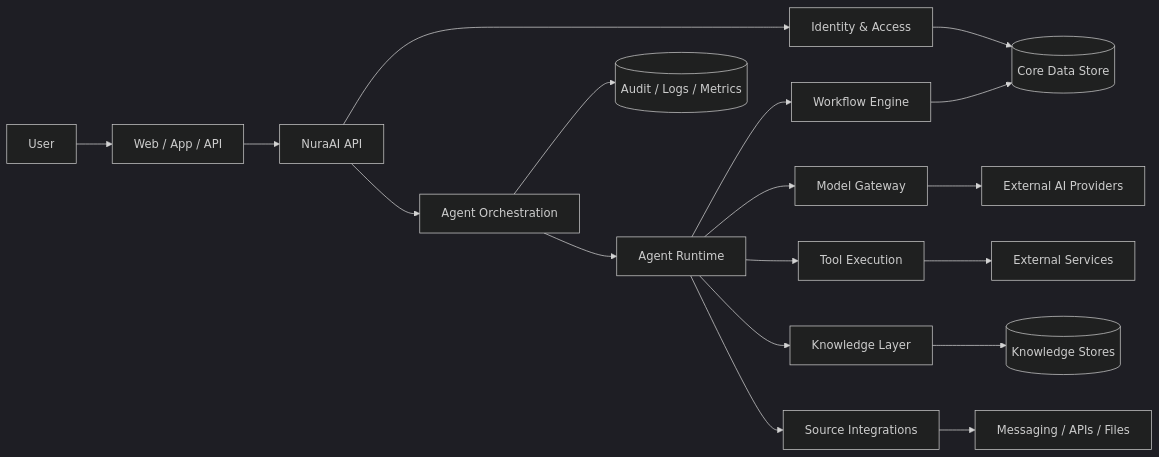
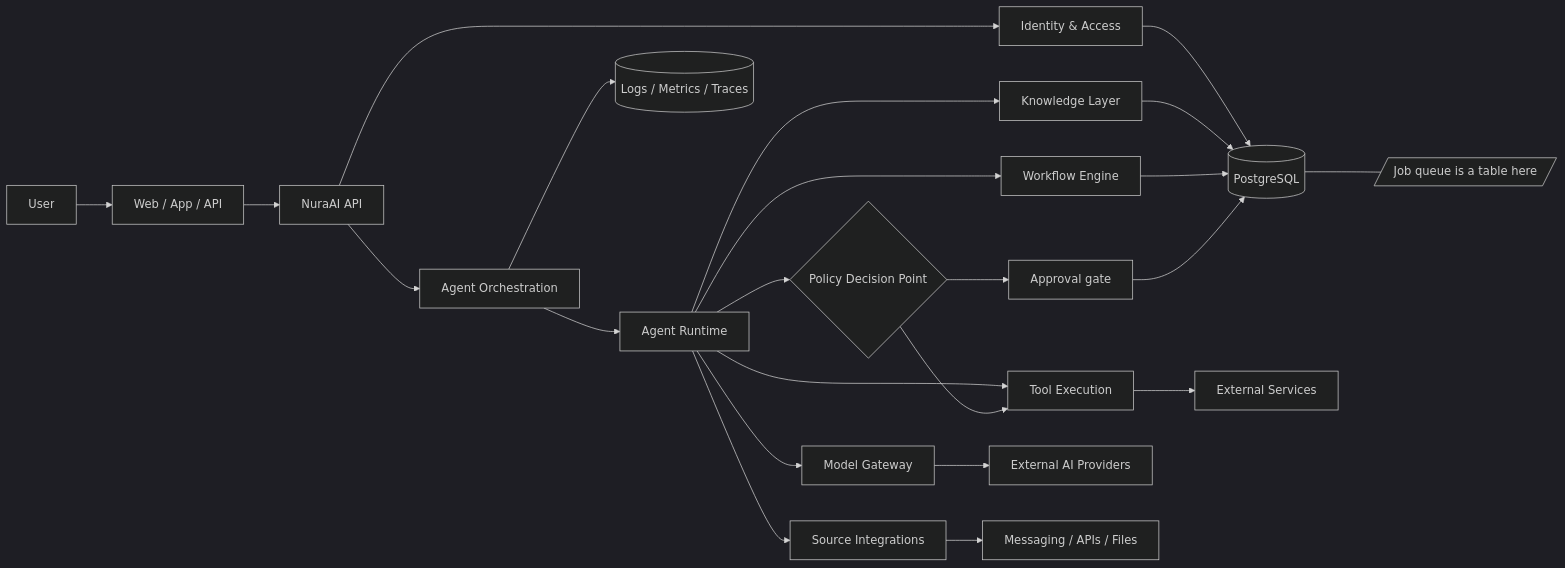
Before and after one commit to GreatRedem/TeamAgent: the diagram in docs/10-architecture.md, drawn with Mermaid (dark theme). The commit also changed other lines of this file and 21 other files, not shown here.

````diff
--- a/docs/10-architecture.md
+++ b/docs/10-architecture.md
@@ -15,21 +16,27 @@
 ```mermaid
 flowchart LR
     U[User] --> UI[Web / App / API]
     UI --> API[NuraAI API]
     API --> IAM[Identity & Access]
     API --> ORCH[Agent Orchestration]
     ORCH --> AGENT[Agent Runtime]
     AGENT --> MODEL[Model Gateway]
     AGENT --> TOOL[Tool Execution]
     AGENT --> KNOW[Knowledge Layer]
     AGENT --> SRC[Source Integrations]
     AGENT --> FLOW[Workflow Engine]
 
-    IAM --> DB[(Core Data Store)]
+    AGENT --> PDP{Policy Decision Point}
+    PDP --> TOOL
+    PDP --> APPR[Approval gate]
+
+    IAM --> DB[(PostgreSQL)]
     MODEL --> EXT[External AI Providers]
     TOOL --> EXT2[External Services]
     SRC --> EXT3[Messaging / APIs / Files]
-    KNOW --> KB[(Knowledge Stores)]
+    KNOW --> DB
     FLOW --> DB
-    ORCH --> LOG[(Audit / Logs / Metrics)]
+    APPR --> DB
+    DB --- Q[/Job queue is a table here/]
+    ORCH --> LOG[(Logs / Metrics / Traces)]
 ```
````
